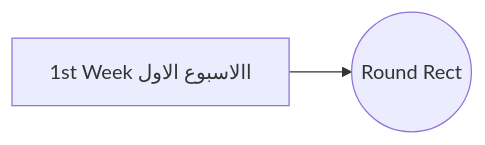
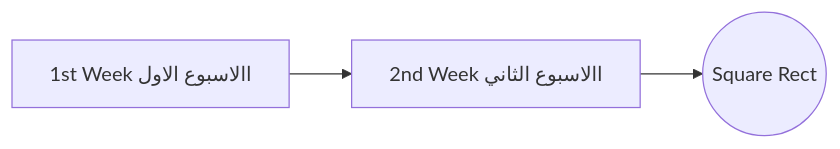
Before and after one commit to metigator/Roadmap: the first of 5 diagrams in README.md, drawn with Mermaid.

````diff
--- a/README.md
+++ b/README.md
@@ -7,4 +7,5 @@
 ```mermaid
 graph LR
-    A[1st Week االاسبوع الاول]--> B((Round Rect))
+    A[1st Week االاسبوع الاول]--> B((Square Rect))
+    B[2nd Week االاسبوع الثاني]--> C((Square Rect))
 ```
````
